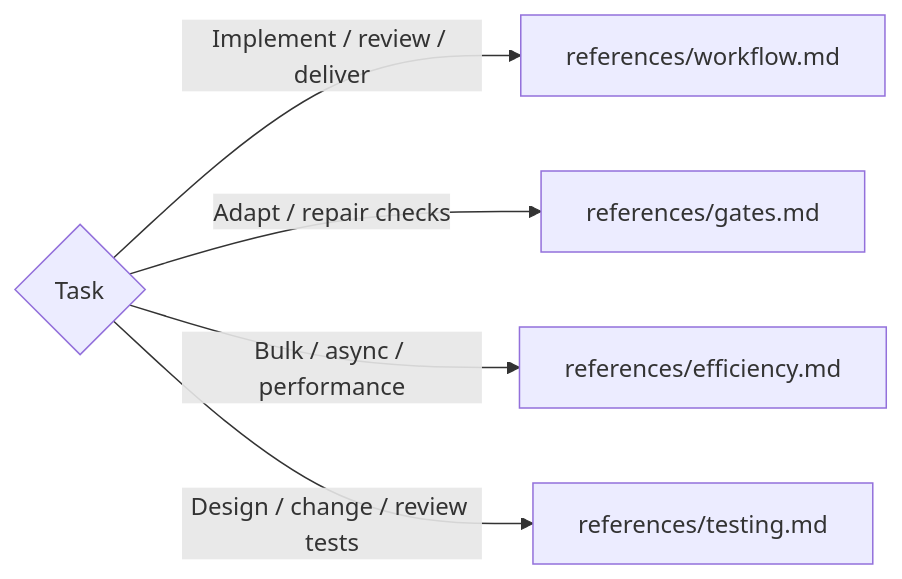
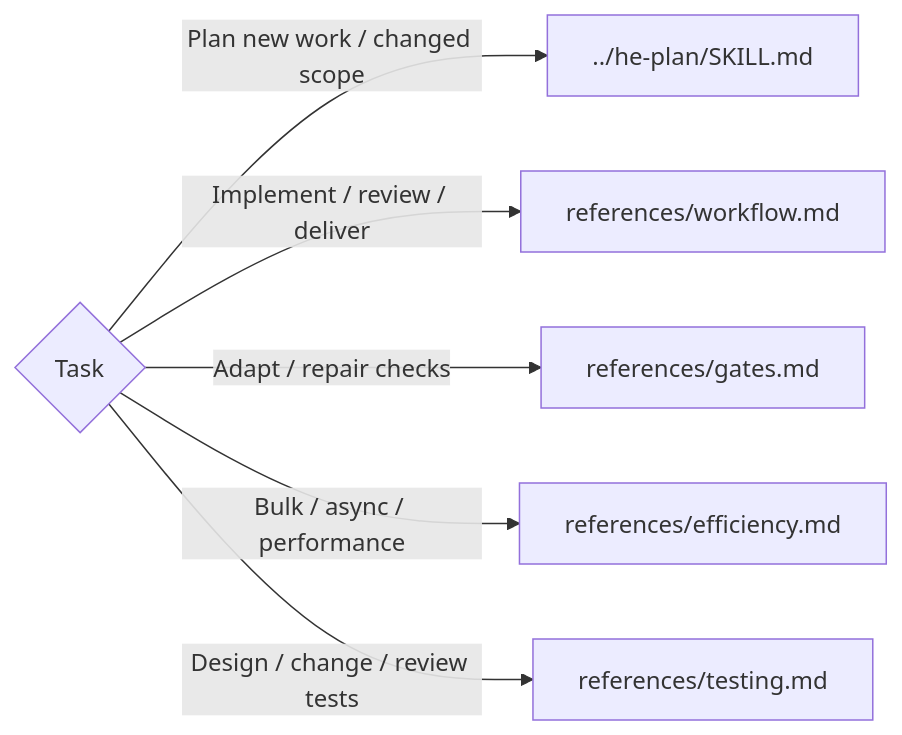
The diagram in .agents/skills/he/SKILL.md (sgaabdu4/hard-eng), drawn with Mermaid before and after one commit. The commit also changed other lines of this file and 22 other files, not shown here.

````diff
--- a/.agents/skills/he/SKILL.md
+++ b/.agents/skills/he/SKILL.md
@@ -10,11 +10,13 @@
 ```mermaid
 flowchart LR
-  T{Task} -->|Implement / review / deliver| W[references/workflow.md]
+  T{Task} -->|Plan new work / changed scope| P[../he-plan/SKILL.md]
+  T -->|Implement / review / deliver| W[references/workflow.md]
   T -->|Adapt / repair checks| G[references/gates.md]
   T -->|Bulk / async / performance| E[references/efficiency.md]
   T -->|Design / change / review tests| Q[references/testing.md]
   click W "references/workflow.md"
+  click P "../he-plan/SKILL.md"
   click G "references/gates.md"
   click E "references/efficiency.md"
   click Q "references/testing.md"
 ```
````
